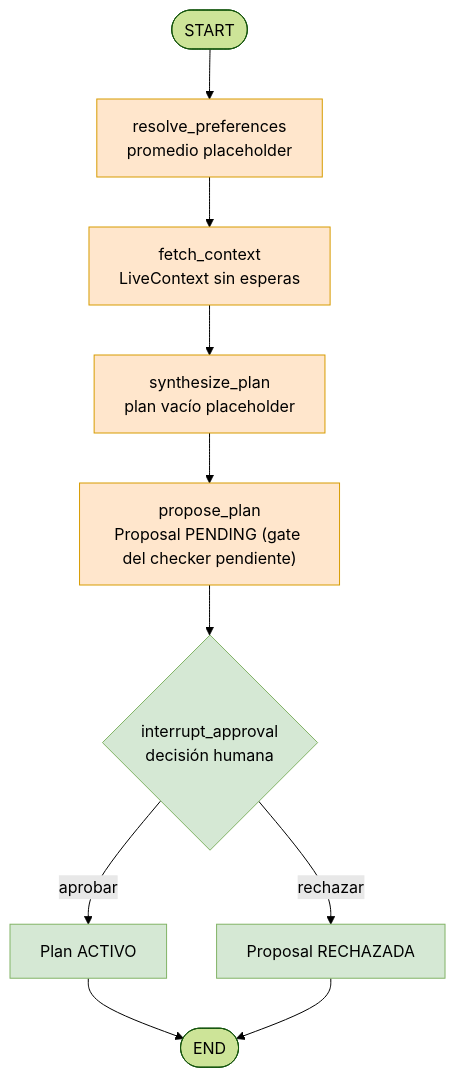
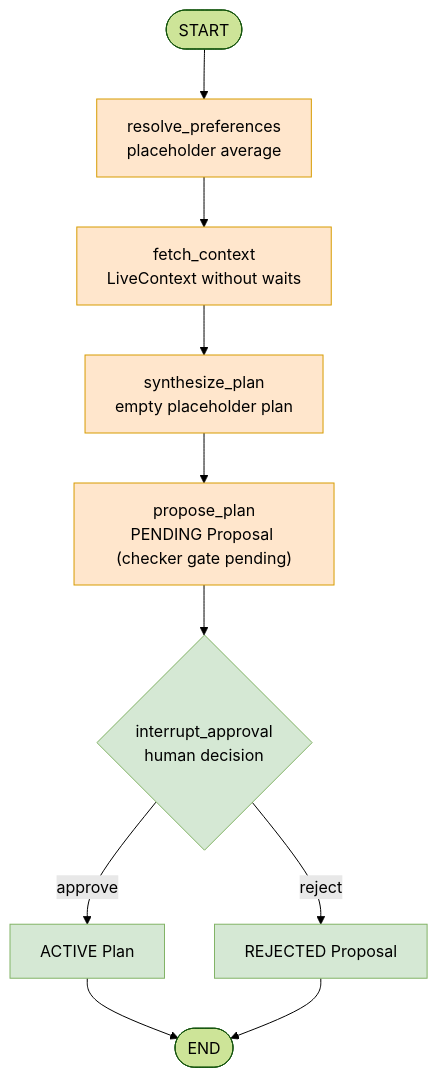
One commit to andrea0727/parkmind-agentic-ai changed the second of 4 diagrams in docs/diagrams/agent-flow.md. Above: the diagram before and after it, drawn with Mermaid (forest theme). The commit also changed other lines of this file and 2 other files, not shown here.

````diff
--- a/docs/diagrams/agent-flow.md
+++ b/docs/diagrams/agent-flow.md
@@ -30,15 +30,15 @@
 ```mermaid
 flowchart TD
-  S([START]) --> A["resolve_preferences<br/>promedio placeholder"]:::partial
-  A --> B["fetch_context<br/>LiveContext sin esperas"]:::partial
-  B --> C["synthesize_plan<br/>plan vacío placeholder"]:::partial
-  C --> D["propose_plan<br/>Proposal PENDING (gate del checker pendiente)"]:::partial
-  D --> E{"interrupt_approval<br/>decisión humana"}:::impl
-  E -- aprobar --> F["Plan ACTIVO"]:::impl
-  E -- rechazar --> G["Proposal RECHAZADA"]:::impl
+  S([START]) --> A["resolve_preferences<br/>placeholder average"]:::partial
+  A --> B["fetch_context<br/>LiveContext without waits"]:::partial
+  B --> C["synthesize_plan<br/>empty placeholder plan"]:::partial
+  C --> D["propose_plan<br/>PENDING Proposal (checker gate pending)"]:::partial
+  D --> E{"interrupt_approval<br/>human decision"}:::impl
+  E -- approve --> F["ACTIVE Plan"]:::impl
+  E -- reject --> G["REJECTED Proposal"]:::impl
   F --> Z([END])
   G --> Z
 
   classDef impl fill:#d5e8d4,stroke:#82b366,color:#000
   classDef partial fill:#ffe6cc,stroke:#d79b00,color:#000
 ```
````
